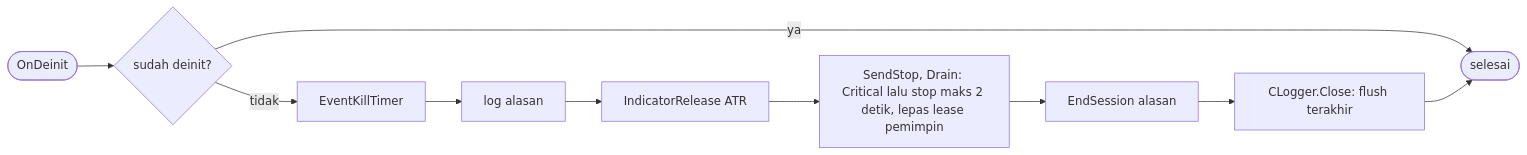
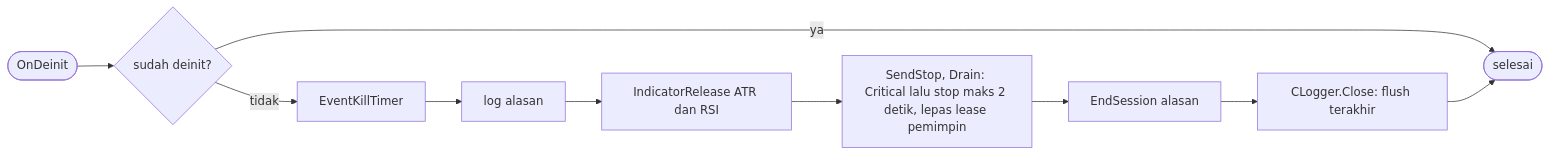
One commit to ndra969/trading-bot changed the second of 2 diagrams in sdbot/docs/flows/init.md. Above: the diagram before and after it, drawn with Mermaid. The commit also changed other lines of this file and 44 other files, not shown here.

````diff
--- a/sdbot/docs/flows/init.md
+++ b/sdbot/docs/flows/init.md
@@ -32,6 +34,6 @@
 ```mermaid
 flowchart LR
     D([OnDeinit]) --> X{sudah deinit?}
     X -->|ya| Z([selesai])
-    X -->|tidak| K[EventKillTimer] --> L[log alasan] --> I[IndicatorRelease ATR] --> DR[SendStop, Drain: Critical lalu stop maks 2 detik, lepas lease pemimpin] --> ES[EndSession alasan] --> C[CLogger.Close: flush terakhir] --> Z
+    X -->|tidak| K[EventKillTimer] --> L[log alasan] --> I[IndicatorRelease ATR dan RSI] --> DR[SendStop, Drain: Critical lalu stop maks 2 detik, lepas lease pemimpin] --> ES[EndSession alasan] --> C[CLogger.Close: flush terakhir] --> Z
 ```
````
